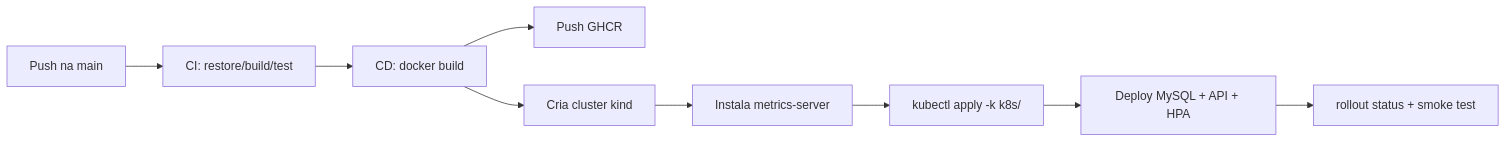
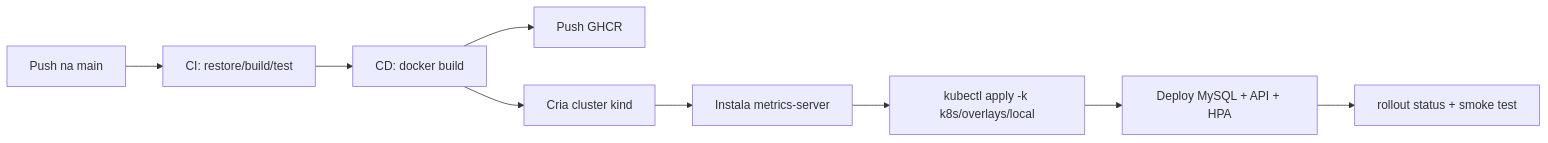
Before and after one commit to Duds27/tech-challenge-fiap: the second of 3 diagrams in README.md, drawn with Mermaid. The commit also changed other lines of this file and 38 other files, not shown here.

````diff
--- a/README.md
+++ b/README.md
@@ -51,11 +51,11 @@
 ```mermaid
 flowchart LR
   A[Push na main] --> B[CI: restore/build/test]
   B --> C[CD: docker build]
   C --> D[Push GHCR]
   C --> E[Cria cluster kind]
   E --> F[Instala metrics-server]
-  F --> G[kubectl apply -k k8s/]
+  F --> G[kubectl apply -k k8s/overlays/local]
   G --> H[Deploy MySQL + API + HPA]
   H --> I[rollout status + smoke test]
 ```
````
